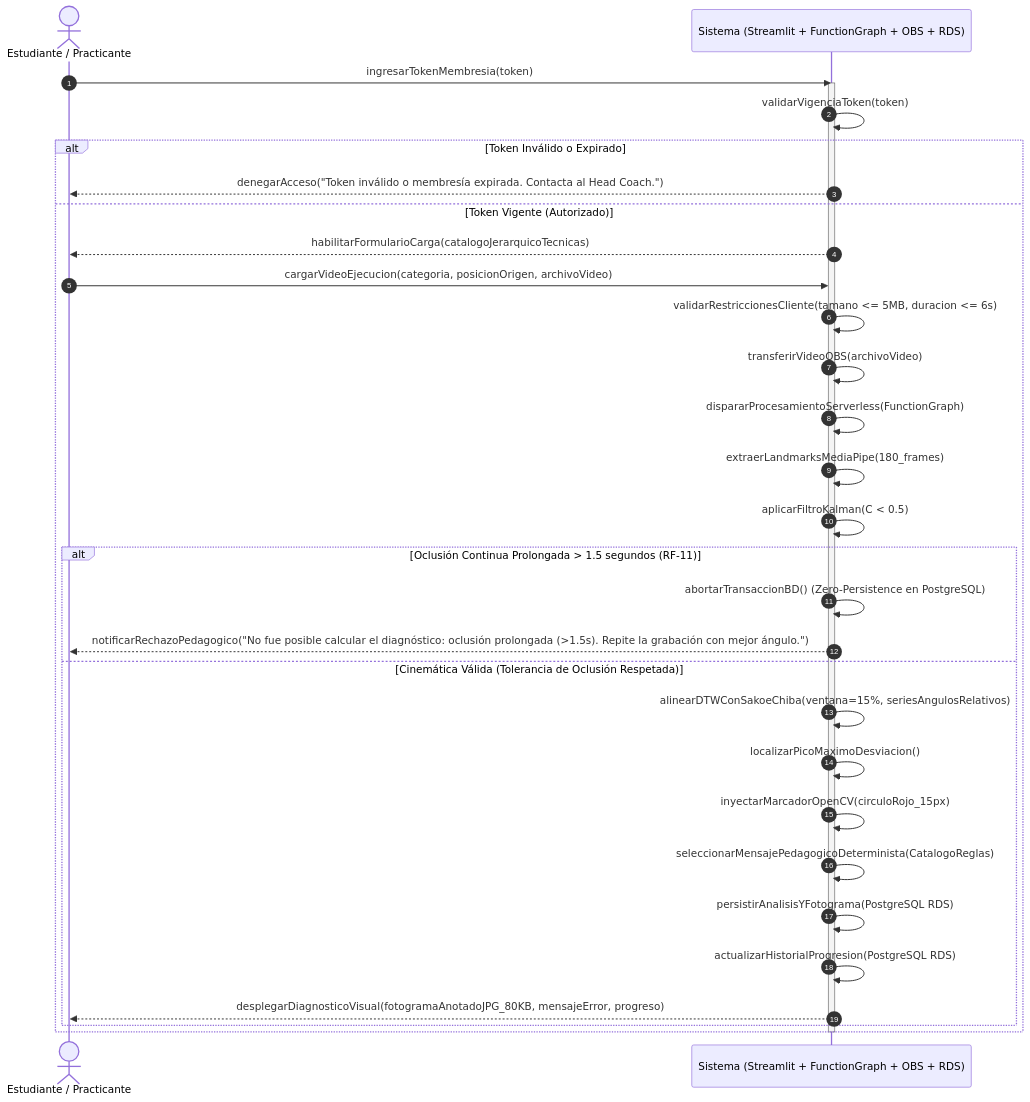
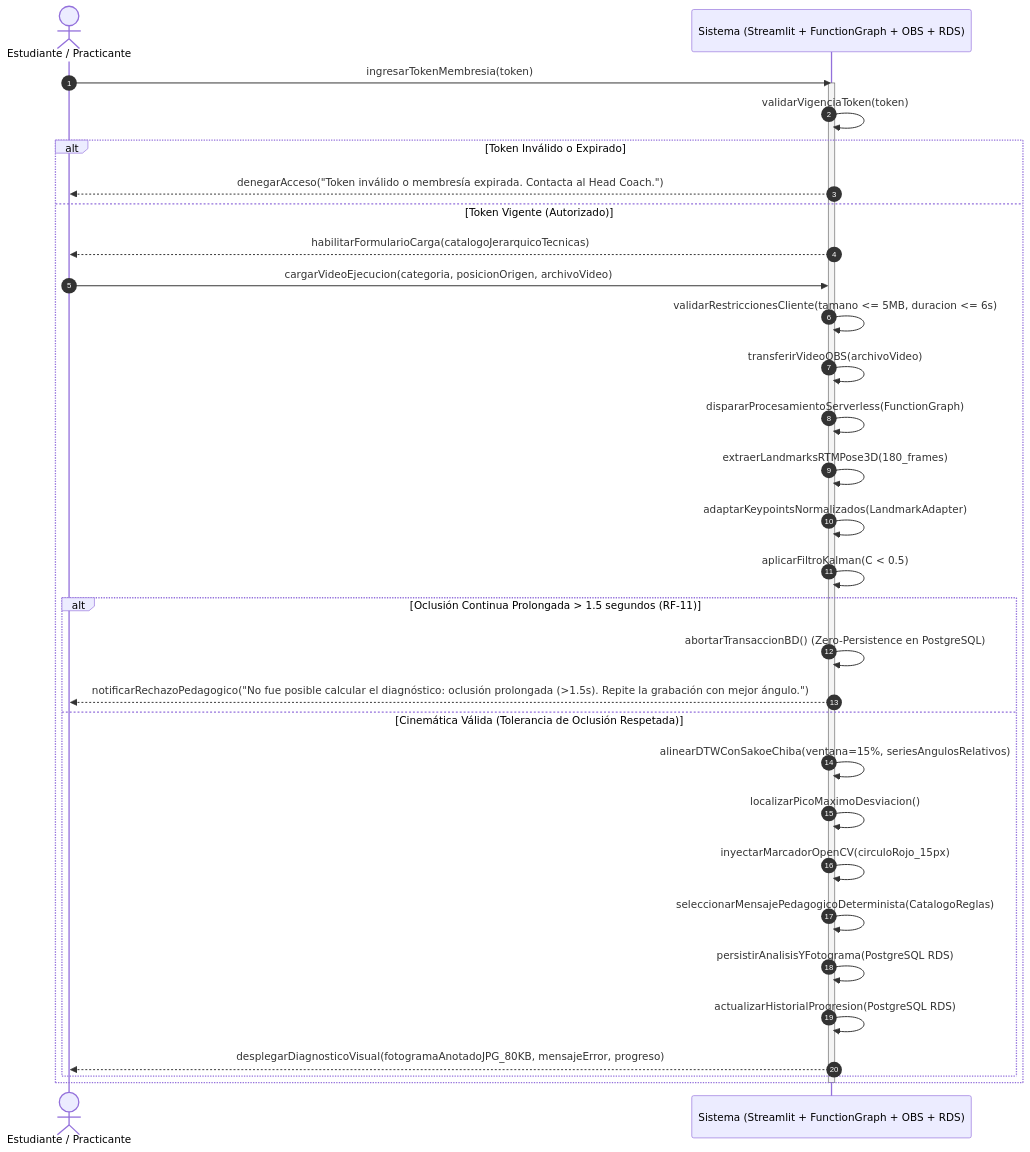
Before and after one commit to Tsmrain/JiuJitsu: the seventh of 10 diagrams in README.md, drawn with Mermaid. The commit also changed other lines of this file, not shown here.

Commit message:
refactor: replace MediaPipe with RTMPose as the primary pose estimation framework for improved 3D tracking accuracy

````diff
--- a/README.md
+++ b/README.md
@@ -1023,37 +1038,38 @@
 ```mermaid
 sequenceDiagram
     autonumber
     actor E as Estudiante / Practicante
     participant Sis as Sistema (Streamlit + FunctionGraph + OBS + RDS)
 
     E->>Sis: ingresarTokenMembresia(token)
     activate Sis
     Sis->>Sis: validarVigenciaToken(token)
     alt Token Inválido o Expirado
         Sis-->>E: denegarAcceso("Token inválido o membresía expirada. Contacta al Head Coach.")
     else Token Vigente (Autorizado)
         Sis-->>E: habilitarFormularioCarga(catalogoJerarquicoTecnicas)
         
         E->>Sis: cargarVideoEjecucion(categoria, posicionOrigen, archivoVideo)
         Sis->>Sis: validarRestriccionesCliente(tamano <= 5MB, duracion <= 6s)
         
         Sis->>Sis: transferirVideoOBS(archivoVideo)
         Sis->>Sis: dispararProcesamientoServerless(FunctionGraph)
-        Sis->>Sis: extraerLandmarksMediaPipe(180_frames)
+        Sis->>Sis: extraerLandmarksRTMPose3D(180_frames)
+        Sis->>Sis: adaptarKeypointsNormalizados(LandmarkAdapter)
         Sis->>Sis: aplicarFiltroKalman(C < 0.5)
 
         alt Oclusión Continua Prolongada > 1.5 segundos (RF-11)
             Sis->>Sis: abortarTransaccionBD() (Zero-Persistence en PostgreSQL)
             Sis-->>E: notificarRechazoPedagogico("No fue posible calcular el diagnóstico: oclusión prolongada (>1.5s). Repite la grabación con mejor ángulo.")
         else Cinemática Válida (Tolerancia de Oclusión Respetada)
             Sis->>Sis: alinearDTWConSakoeChiba(ventana=15%, seriesAngulosRelativos)
             Sis->>Sis: localizarPicoMaximoDesviacion()
             Sis->>Sis: inyectarMarcadorOpenCV(circuloRojo_15px)
             Sis->>Sis: seleccionarMensajePedagogicoDeterminista(CatalogoReglas)
             Sis->>Sis: persistirAnalisisYFotograma(PostgreSQL RDS)
             Sis->>Sis: actualizarHistorialProgresion(PostgreSQL RDS)
             Sis-->>E: desplegarDiagnosticoVisual(fotogramaAnotadoJPG_80KB, mensajeError, progreso)
         end
     end
     deactivate Sis
 ```
````
